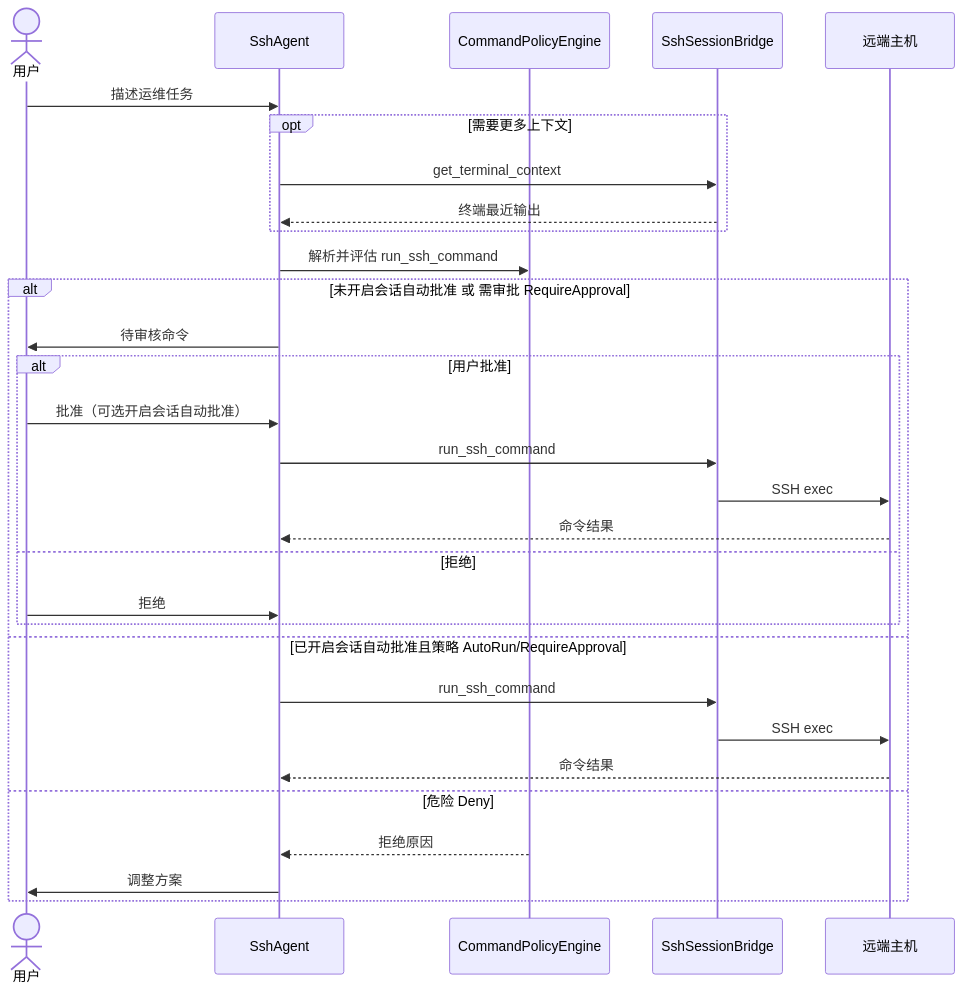
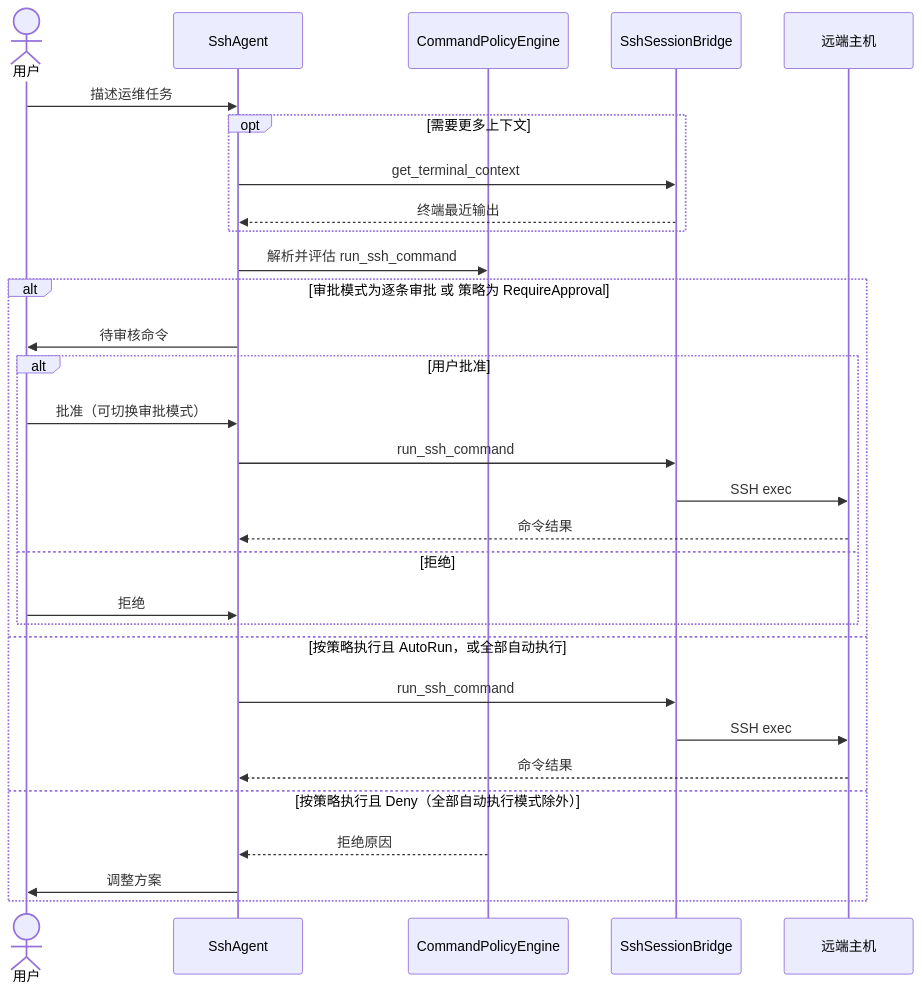
One commit to reactphp-x/web-ssh changed the fourth of 6 diagrams in README.md. Above: the diagram before and after it, drawn with Mermaid. The commit also changed other lines of this file and 17 other files, not shown here.

````diff
--- a/README.md
+++ b/README.md
@@ -214,33 +214,33 @@
 ```mermaid
 sequenceDiagram
     actor U as 用户
     participant AI as SshAgent
     participant P as CommandPolicyEngine
     participant S as SshSessionBridge
     participant H as 远端主机
 
     U->>AI: 描述运维任务
     opt 需要更多上下文
         AI->>S: get_terminal_context
         S-->>AI: 终端最近输出
     end
     AI->>P: 解析并评估 run_ssh_command
-    alt 未开启会话自动批准 或 需审批 RequireApproval
+    alt 审批模式为逐条审批 或 策略为 RequireApproval
         AI->>U: 待审核命令
         alt 用户批准
-            U->>AI: 批准（可选开启会话自动批准）
+            U->>AI: 批准（可切换审批模式）
             AI->>S: run_ssh_command
             S->>H: SSH exec
             H-->>AI: 命令结果
         else 拒绝
             U->>AI: 拒绝
         end
-    else 已开启会话自动批准且策略 AutoRun/RequireApproval
+    else 按策略执行且 AutoRun，或全部自动执行
         AI->>S: run_ssh_command
         S->>H: SSH exec
         H-->>AI: 命令结果
-    else 危险 Deny
+    else 按策略执行且 Deny（全部自动执行模式除外）
         P-->>AI: 拒绝原因
         AI->>U: 调整方案
     end
 ```
````
